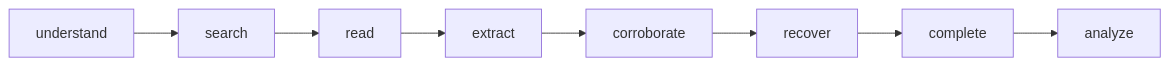
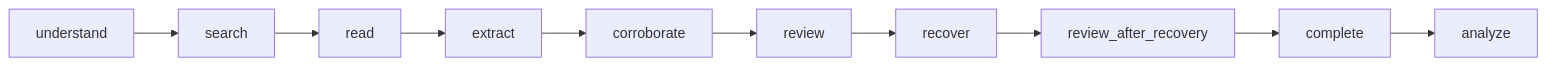
One commit to mianwtt/prism changed the second of 2 diagrams in docs/ARCHITECTURE.md. Above: the diagram before and after it, drawn with Mermaid. The commit also changed other lines of this file and 51 other files, not shown here.

Commit message:
feat: publish specialist agents and refresh bilingual architecture

````diff
--- a/docs/ARCHITECTURE.md
+++ b/docs/ARCHITECTURE.md
@@ -9,4 +36,4 @@
 ```mermaid
 flowchart LR
-  understand --> search --> read --> extract --> corroborate --> recover --> complete --> analyze
+  understand --> search --> read --> extract --> corroborate --> review --> recover --> review_after_recovery --> complete --> analyze
 ```
````
